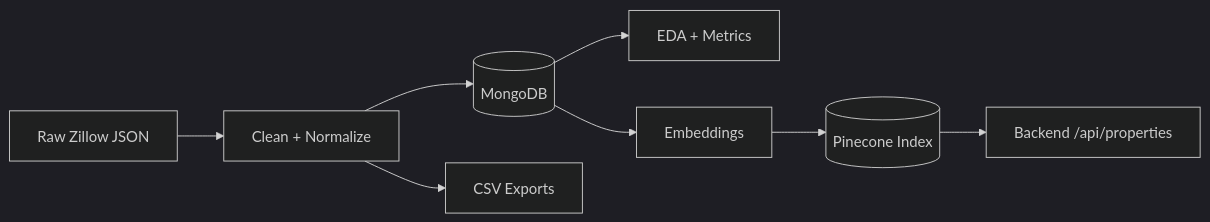
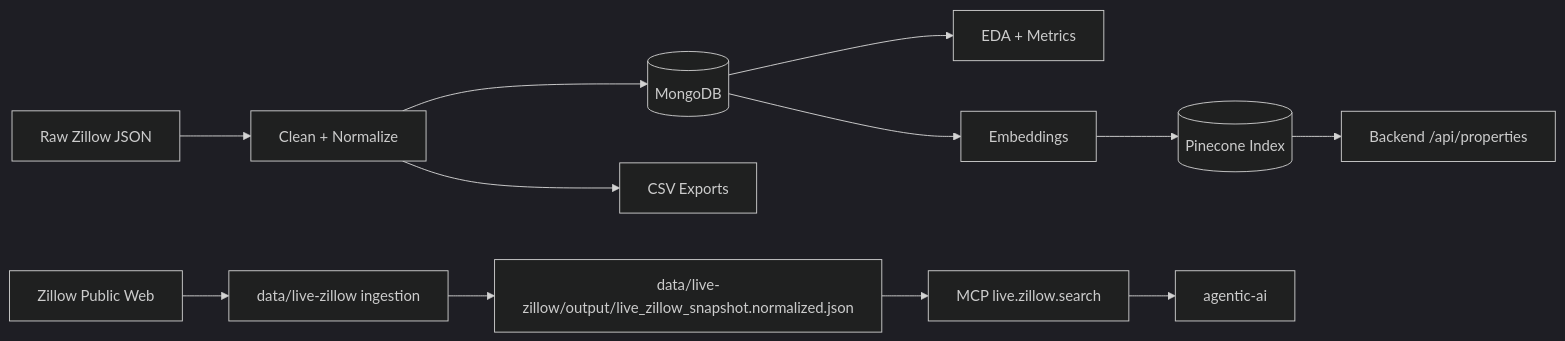
Before and after one commit to hoangsonww/EstateWise-Chapel-Hill-Chatbot: the first of 4 diagrams in data/README.md, drawn with Mermaid (dark theme). The commit also changed other lines of this file and 68 other files, not shown here.

First line of the commit message:
feat(live-data): add live Zillow snapshot search/status API, agent tool, and policy integration

````diff
--- a/data/README.md
+++ b/data/README.md
@@ -7,10 +9,14 @@
 ```mermaid
 flowchart LR
   Raw[Raw Zillow JSON] --> Clean[Clean + Normalize]
   Clean --> Mongo[(MongoDB)]
   Clean --> CSV[CSV Exports]
   Mongo --> EDA[EDA + Metrics]
   Mongo --> Vectors[Embeddings]
   Vectors --> Pinecone[(Pinecone Index)]
   Pinecone --> Backend[Backend /api/properties]
+  ZillowWeb[Zillow Public Web] --> LiveIngest[data/live-zillow ingestion]
+  LiveIngest --> LiveSnap[data/live-zillow/output/live_zillow_snapshot.normalized.json]
+  LiveSnap --> MCP[MCP live.zillow.search]
+  MCP --> Agentic[agentic-ai]
 ```
````
